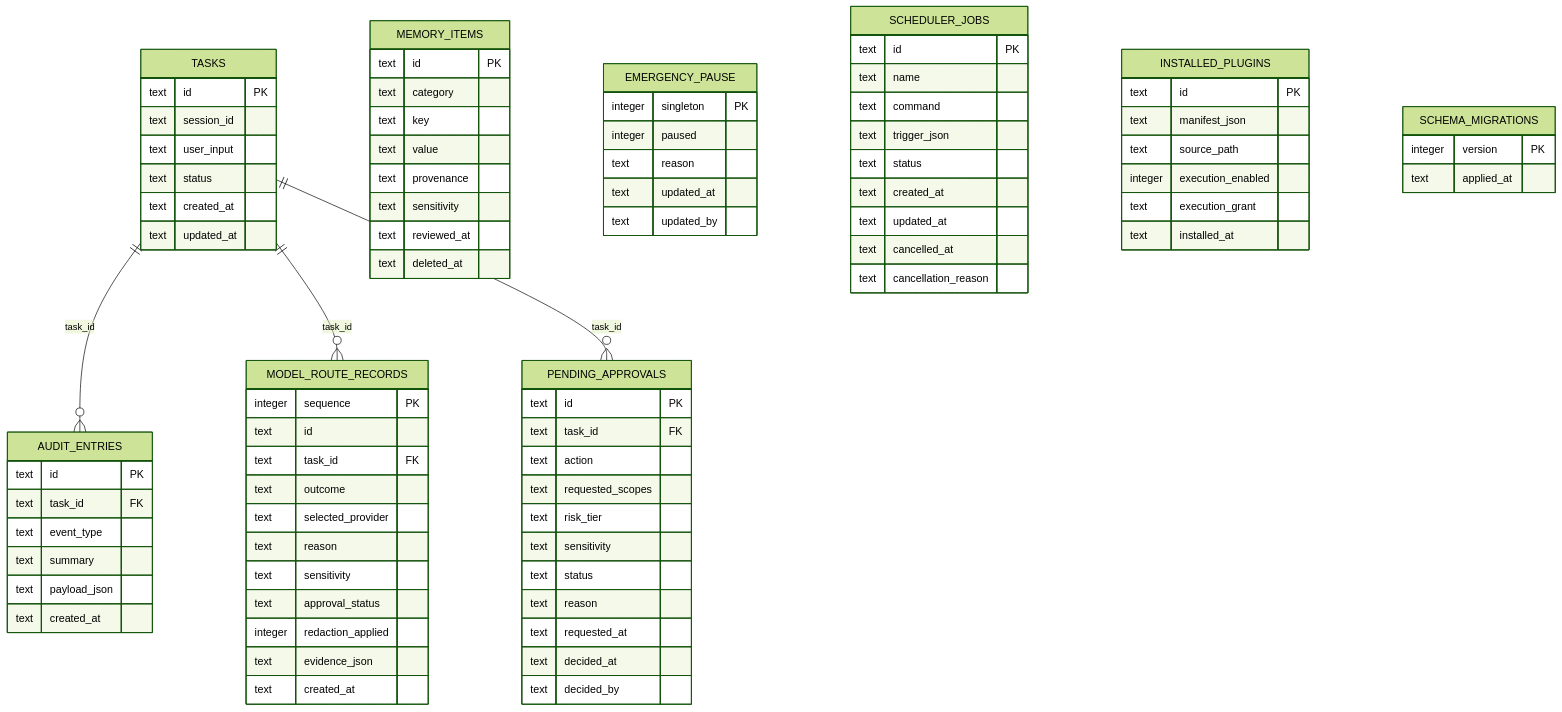
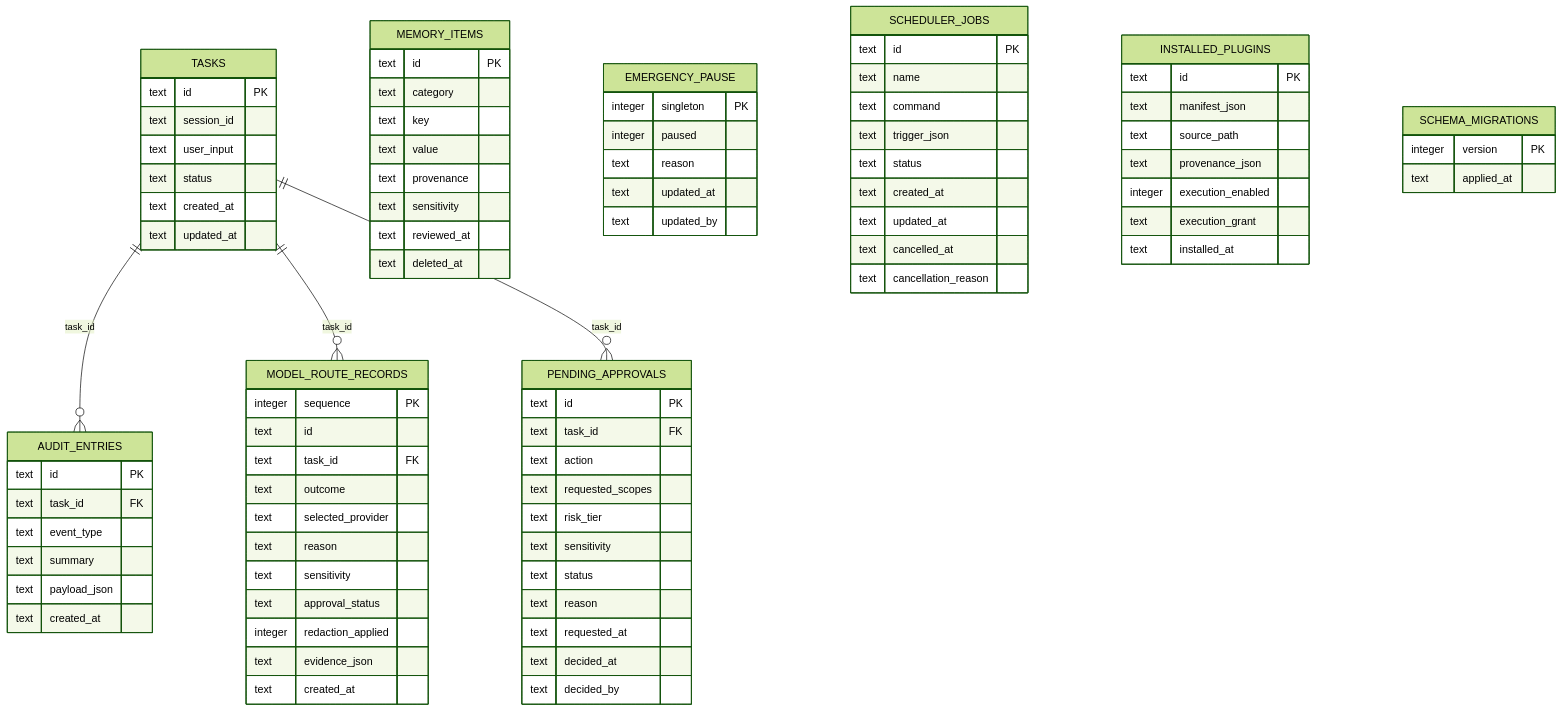
Before and after one commit to malak333/Assemblywright: the fourth of 4 diagrams in docs/architecture-map.md, drawn with Mermaid (forest theme). The commit also changed other lines of this file and 12 other files, not shown here.

```diff
--- a/docs/architecture-map.md
+++ b/docs/architecture-map.md
@@ -495,6 +500,7 @@
         text id PK
         text manifest_json
         text source_path
+        text provenance_json
         integer execution_enabled
         text execution_grant
         text installed_at
```
